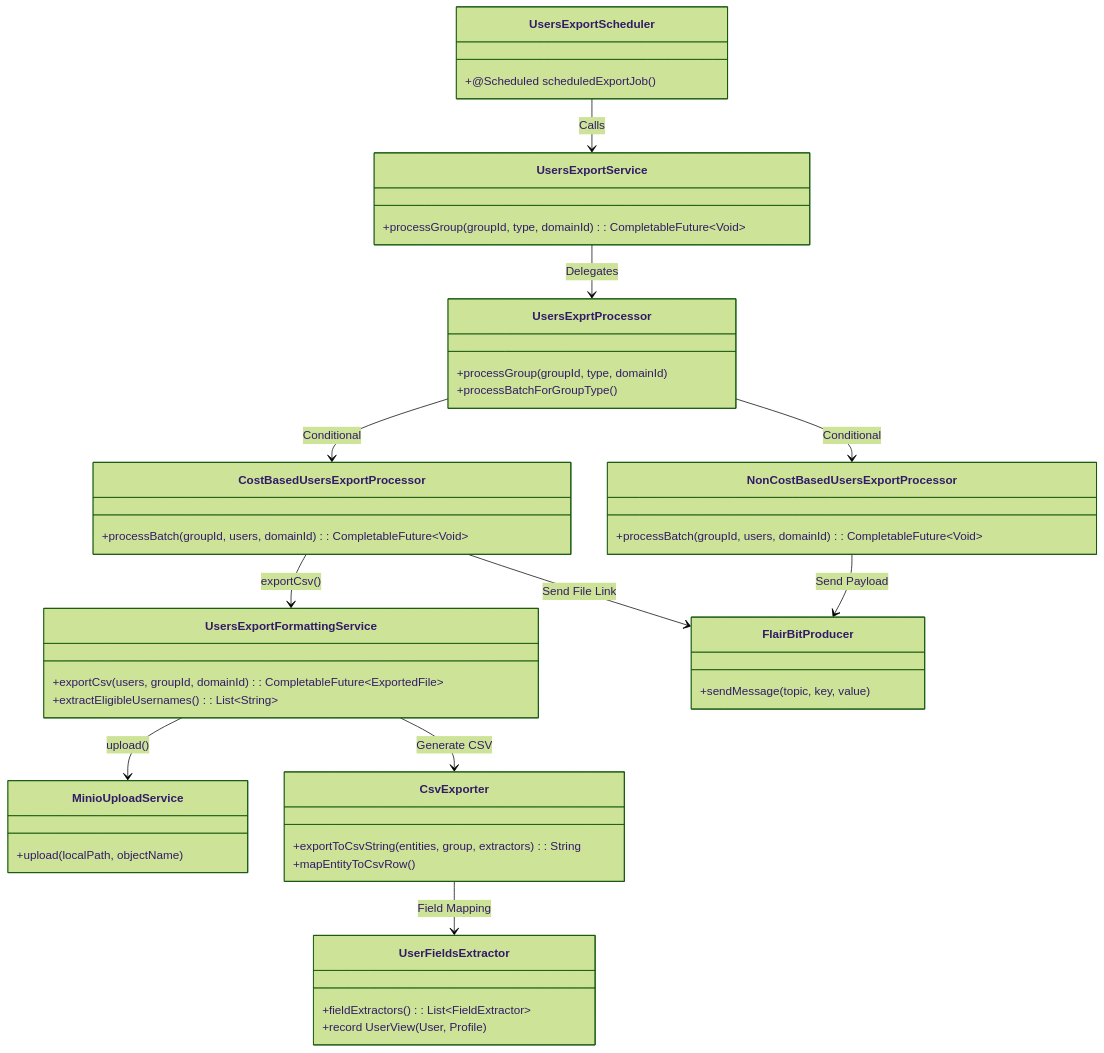
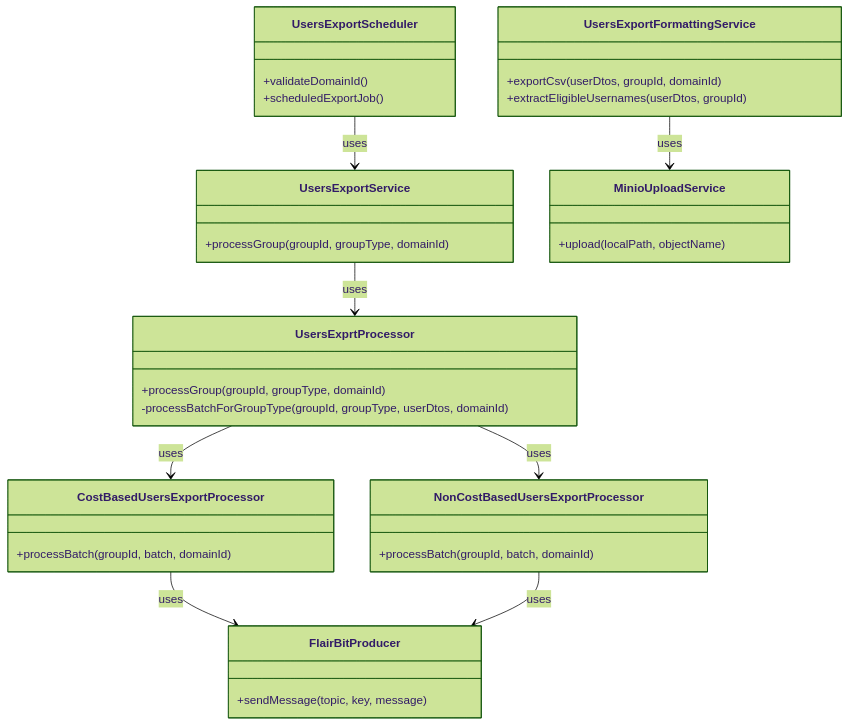
The first of 5 diagrams in docs/LLD/UsersExportLLD.md (kagit00/flairbit), drawn with Mermaid (forest theme) before and after one commit. The commit also changed other lines of this file, not shown here.

````diff
--- a/docs/LLD/UsersExportLLD.md
+++ b/docs/LLD/UsersExportLLD.md
@@ -91,57 +17,45 @@
 ```mermaid
 classDiagram
     class UsersExportScheduler {
-        +@Scheduled scheduledExportJob()
+        +validateDomainId()
+        +scheduledExportJob()
     }
 
     class UsersExportService {
-        +processGroup(groupId, type, domainId): CompletableFuture~Void~
+        +processGroup(groupId, groupType, domainId)
     }
 
     class UsersExprtProcessor {
-        +processGroup(groupId, type, domainId)
-        +processBatchForGroupType()
+        +processGroup(groupId, groupType, domainId)
+        -processBatchForGroupType(groupId, groupType, userDtos, domainId)
     }
 
     class CostBasedUsersExportProcessor {
-        +processBatch(groupId, users, domainId): CompletableFuture~Void~
+        +processBatch(groupId, batch, domainId)
     }
 
     class NonCostBasedUsersExportProcessor {
-        +processBatch(groupId, users, domainId): CompletableFuture~Void~
+        +processBatch(groupId, batch, domainId)
     }
 
     class UsersExportFormattingService {
-        +exportCsv(users, groupId, domainId): CompletableFuture~ExportedFile~
-        +extractEligibleUsernames(): List~String~
+        +exportCsv(userDtos, groupId, domainId)
+        +extractEligibleUsernames(userDtos, groupId)
     }
 
     class MinioUploadService {
         +upload(localPath, objectName)
     }
 
     class FlairBitProducer {
-        +sendMessage(topic, key, value)
+        +sendMessage(topic, key, message)
     }
 
-    class CsvExporter {
-        +exportToCsvString(entities, group, extractors): String
-        +mapEntityToCsvRow()
-    }
-
-    class UserFieldsExtractor {
-        +fieldExtractors(): List~FieldExtractor~
-        +record UserView(User, Profile)
-    }
-
-    UsersExportScheduler --> UsersExportService : Calls
-    UsersExportService --> UsersExprtProcessor : Delegates
-    UsersExprtProcessor --> CostBasedUsersExportProcessor : Conditional
-    UsersExprtProcessor --> NonCostBasedUsersExportProcessor : Conditional
-    CostBasedUsersExportProcessor --> UsersExportFormattingService : exportCsv()
-    UsersExportFormattingService --> MinioUploadService : upload()
-    UsersExportFormattingService --> CsvExporter : Generate CSV
-    CsvExporter --> UserFieldsExtractor : Field Mapping
-    CostBasedUsersExportProcessor --> FlairBitProducer : Send File Link
-    NonCostBasedUsersExportProcessor --> FlairBitProducer : Send Payload
+    UsersExportScheduler --> UsersExportService : uses
+    UsersExportService --> UsersExprtProcessor : uses
+    UsersExprtProcessor --> CostBasedUsersExportProcessor : uses
+    UsersExprtProcessor --> NonCostBasedUsersExportProcessor : uses
+    UsersExportFormattingService --> MinioUploadService : uses
+    CostBasedUsersExportProcessor --> FlairBitProducer : uses
+    NonCostBasedUsersExportProcessor --> FlairBitProducer : uses
 ```
````
